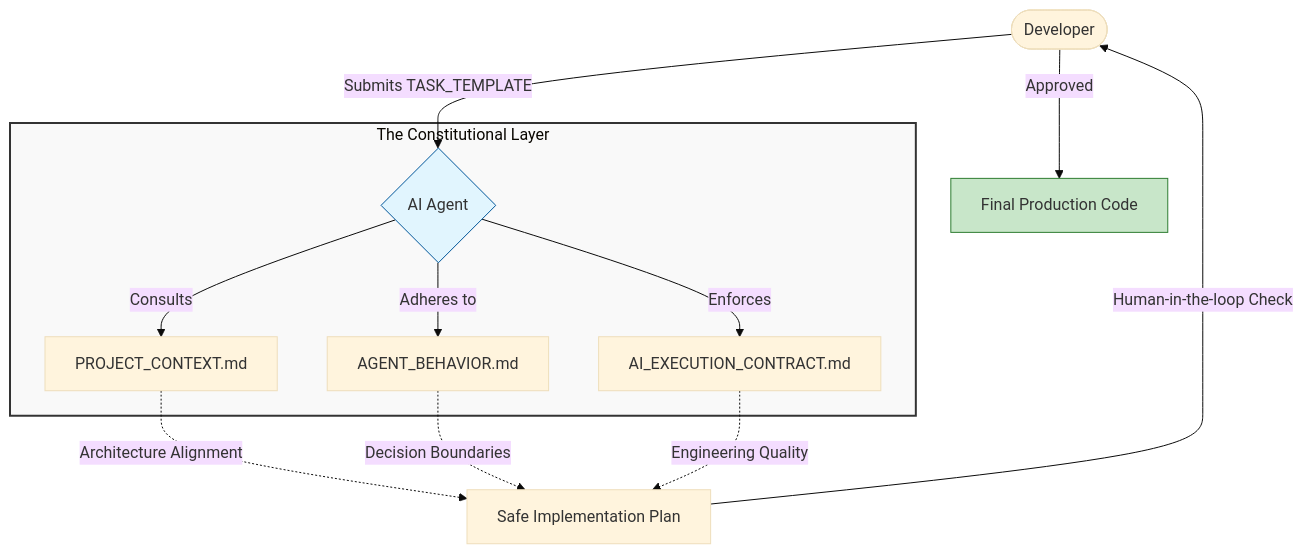
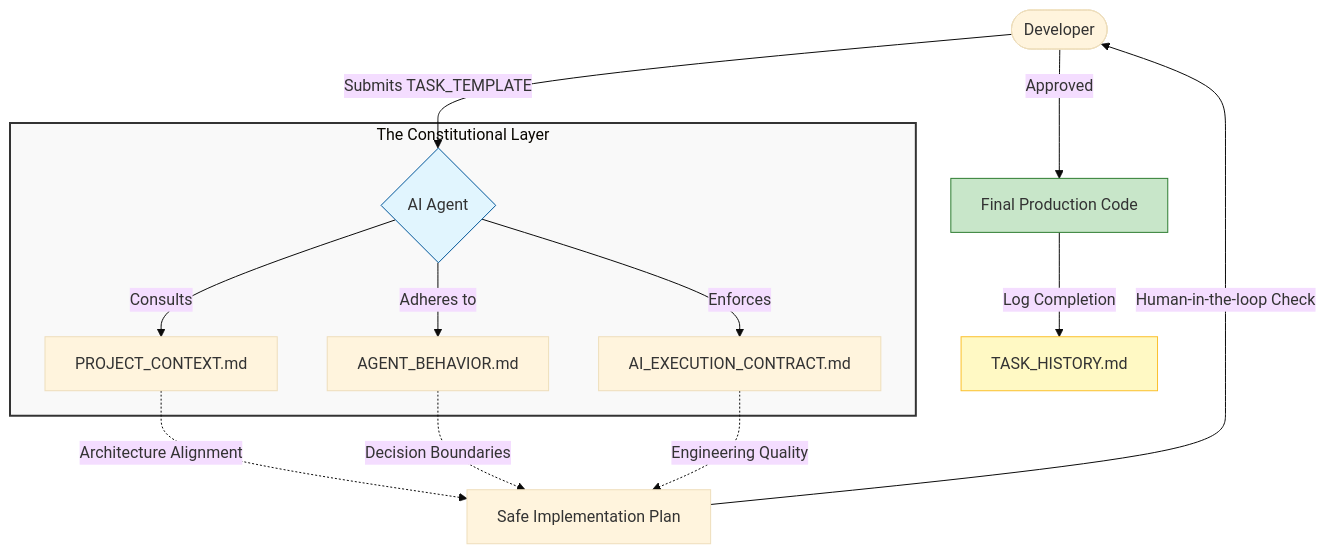
Before and after one commit to harshil3031/AI-Governance-Framework: the diagram in README.md, drawn with Mermaid (base theme). The commit also changed other lines of this file and 2 other files, not shown here.

Commit message:
feat: add TASK_HISTORY.md for progress tracking and update governance layer to include memory

````diff
--- a/README.md
+++ b/README.md
@@ -13,21 +13,23 @@
 ```mermaid
 graph TD
     User([Developer]) -->|Submits TASK_TEMPLATE| AI{AI Agent}
     
     subgraph Governance_Layer [The Constitutional Layer]
         AI -->|Consults| Blueprint[PROJECT_CONTEXT.md]
         AI -->|Adheres to| Mindset[AGENT_BEHAVIOR.md]
         AI -->|Enforces| Standard[AI_EXECUTION_CONTRACT.md]
     end
 
     Blueprint -.->|Architecture Alignment| Logic[Safe Implementation Plan]
     Mindset -.->|Decision Boundaries| Logic
     Standard -.->|Engineering Quality| Logic
 
     Logic -->|Human-in-the-loop Check| User
     User -->|Approved| Exec[Final Production Code]
+    Exec -->|Log Completion| History[TASK_HISTORY.md]
     
     style Governance_Layer fill:#f9f9f9,stroke:#333,stroke-width:2px
     style AI fill:#e1f5fe,stroke:#01579b
     style Exec fill:#c8e6c9,stroke:#2e7d32
+    style History fill:#fff9c4,stroke:#fbc02d
 ```
````
